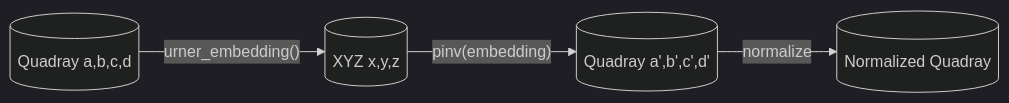
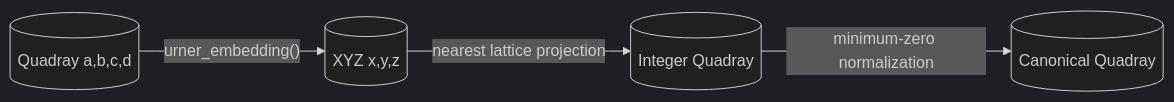
The third of 5 diagrams in docs/architecture/index.md (docxology/symergetics), drawn with Mermaid (dark theme) before and after one commit. The commit also changed other lines of this file and 48 other files, not shown here.

````diff
--- a/docs/architecture/index.md
+++ b/docs/architecture/index.md
@@ -183,6 +176,6 @@
 ```mermaid
 graph LR
   Q[(Quadray a,b,c,d)] -- urner_embedding() --> X[(XYZ x,y,z)]
-  X -- pinv(embedding) --> Q2[(Quadray a',b',c',d')]
-  Q2 -- normalize --> Q0[(Normalized Quadray)]
+  X -- nearest lattice projection --> Q2[(Integer Quadray)]
+  Q2 -- minimum-zero normalization --> Q0[(Canonical Quadray)]
 ```
````
